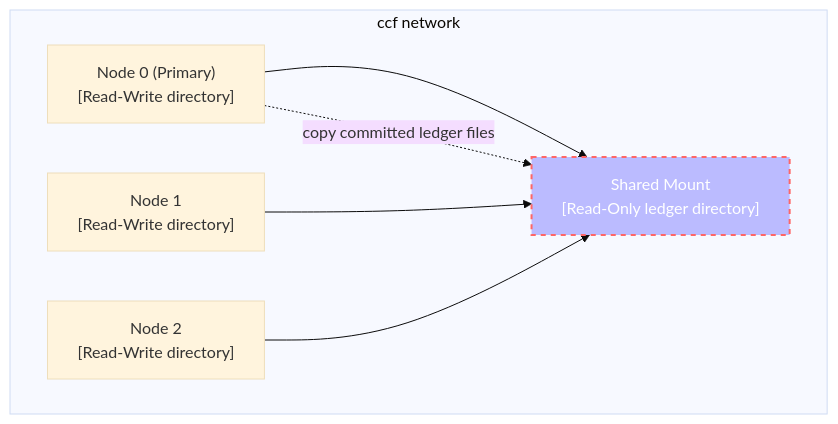
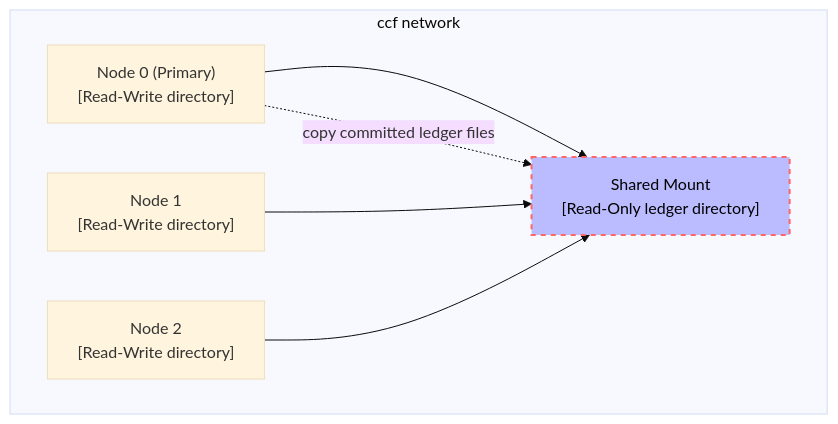
One commit to microsoft/CCF changed the diagram in doc/operations/data_persistence.rst. Above: the diagram before and after it, drawn with Mermaid (base theme). The commit also changed 17 other files, not shown here.

First line of the commit message:
Migrate Sphinx diagrams to Pele

```diff
--- a/doc/operations/data_persistence.rst
+++ b/doc/operations/data_persistence.rst
@@ -29,14 +29,14 @@
 .. mermaid::
 
     graph TD;
     subgraph ccf network;
     A["Node 0 (Primary)<br> [Read-Write directory]"];
     B["Node 1<br> [Read-Write directory]"];
     C["Node 2<br> [Read-Write directory]"];
     D["Shared Mount<br>[Read-Only ledger directory]"]
-    style D fill:#bbf,stroke:#f66,stroke-width:2px,color:#fff,stroke-dasharray: 5 5
+    style D fill:#bbf,stroke:#f66,stroke-width:2px,color:#000,stroke-dasharray: 5 5
     A-->D
     A-. copy committed ledger files .-> D
     B-->D
     C-->D
     end;
```
